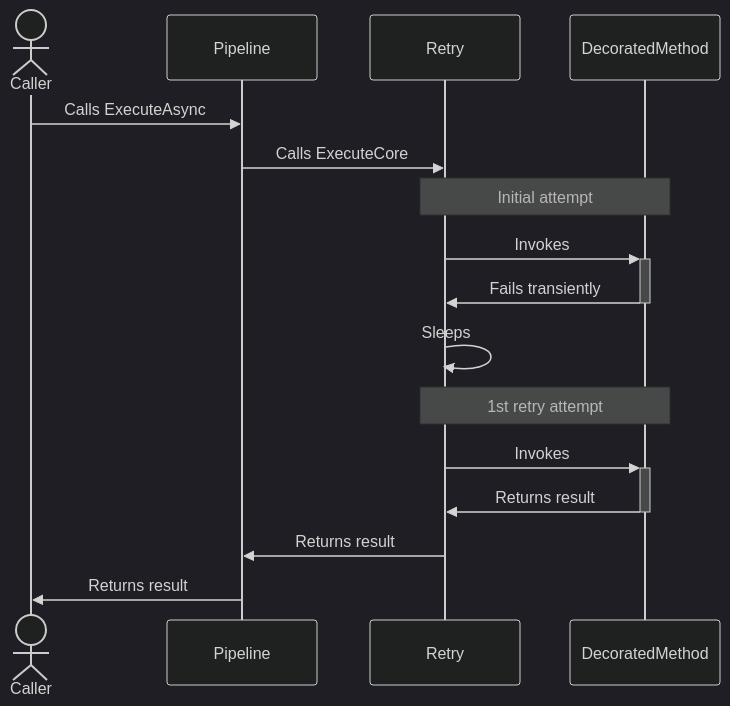
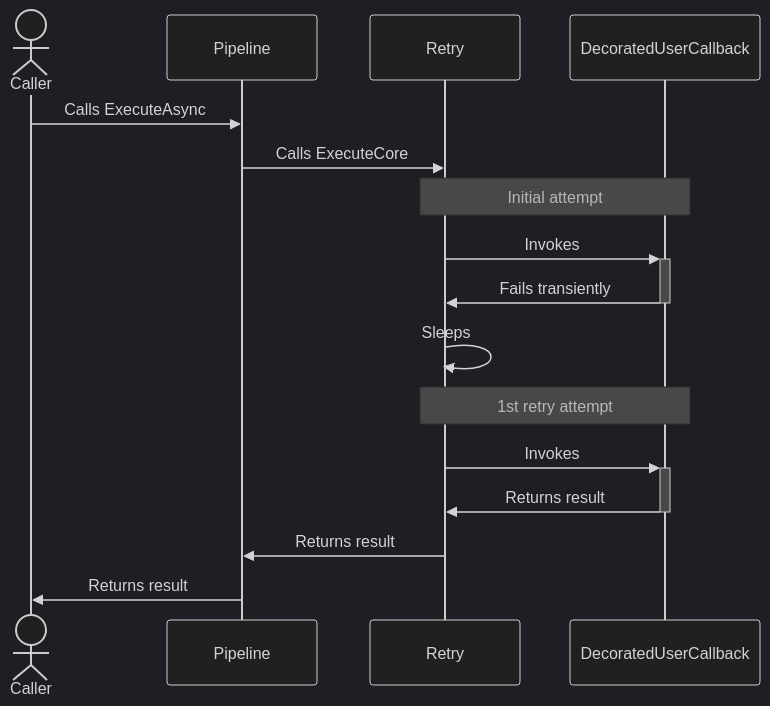
The first of 2 diagrams in docs/strategies/retry.md (App-vNext/Polly), drawn with Mermaid before and after one commit. The commit also changed other lines of this file and 3 other files, not shown here.

Commit message:
Rename decorated method to decorated user callback

````diff
--- a/docs/strategies/retry.md
+++ b/docs/strategies/retry.md
@@ -113,20 +113,20 @@
 ```mermaid
 %%{init: {'theme':'dark'}}%%
 sequenceDiagram
     actor C as Caller
     participant P as Pipeline
     participant R as Retry
-    participant DM as DecoratedMethod
+    participant D as DecoratedUserCallback
 
     C->>P: Calls ExecuteAsync
     P->>R: Calls ExecuteCore
-    Note over R,DM: Initial attempt
-    R->>+DM: Invokes
-    DM->>-R: Fails transiently
+    Note over R,D: Initial attempt
+    R->>+D: Invokes
+    D->>-R: Fails transiently
     R->>R: Sleeps
-    Note over R,DM: 1st retry attempt
-    R->>+DM: Invokes
-    DM->>-R: Returns result
+    Note over R,D: 1st retry attempt
+    R->>+D: Invokes
+    D->>-R: Returns result
     R->>P: Returns result
     P->>C: Returns result
 ```
````
